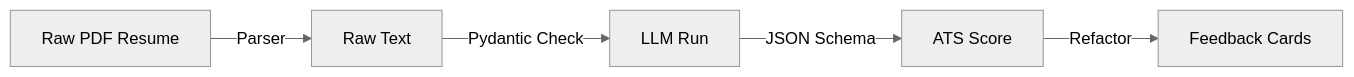
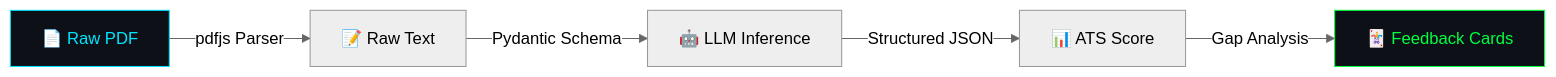
One commit to Rishabh02104/Rishabh02104 changed the third of 4 diagrams in README.md. Above: the diagram before and after it, drawn with Mermaid (neutral theme). The commit also changed other lines of this file, not shown here.

````diff
--- a/README.md
+++ b/README.md
@@ -178,7 +248,9 @@
 ```mermaid
 graph LR
-  PDF[Raw PDF Resume] -->|Parser| Text[Raw Text]
-  Text -->|Pydantic Check| LLM[LLM Run]
-  LLM -->|JSON Schema| Score[ATS Score]
-  Score -->|Refactor| Cards[Feedback Cards]
+  A[📄 Raw PDF] -->|pdfjs Parser| B[📝 Raw Text]
+  B -->|Pydantic Schema| C[🤖 LLM Inference]
+  C -->|Structured JSON| D[📊 ATS Score]
+  D -->|Gap Analysis| E[🃏 Feedback Cards]
+  style A fill:#0d1117,stroke:#00E5FF,color:#00E5FF
+  style E fill:#0d1117,stroke:#00FF41,color:#00FF41
 ```
````
